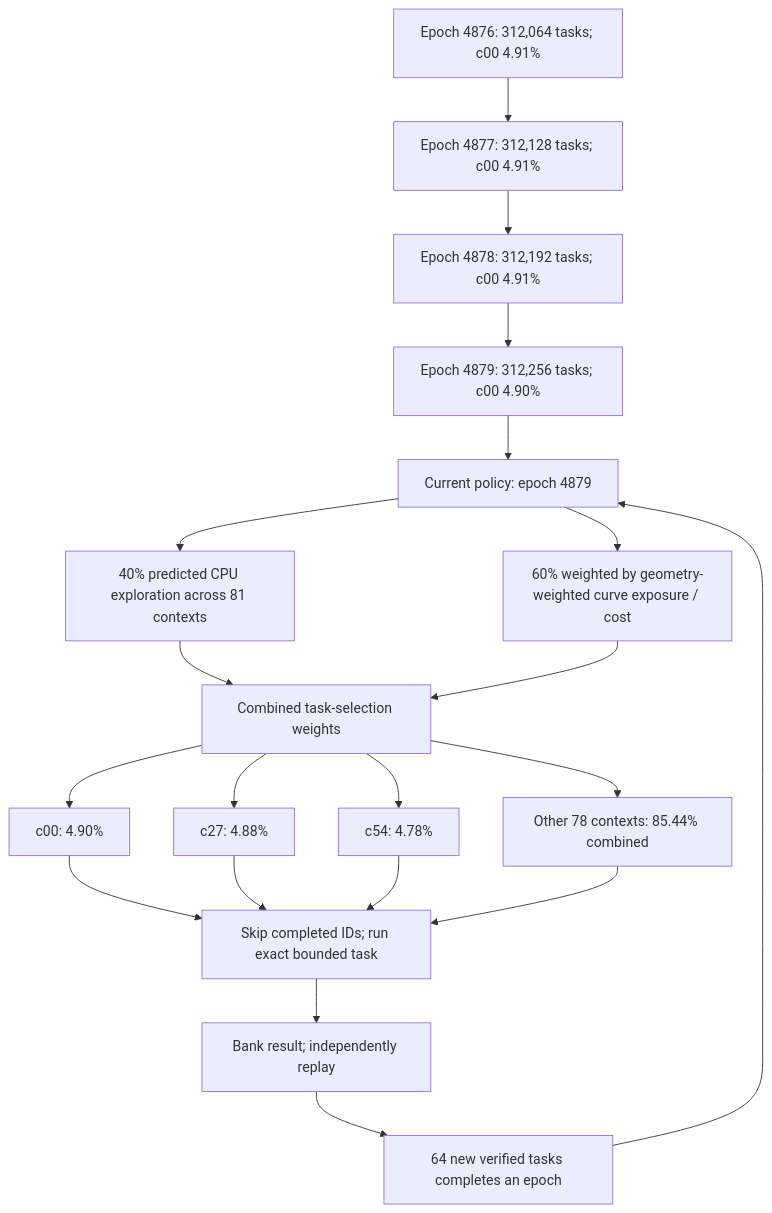
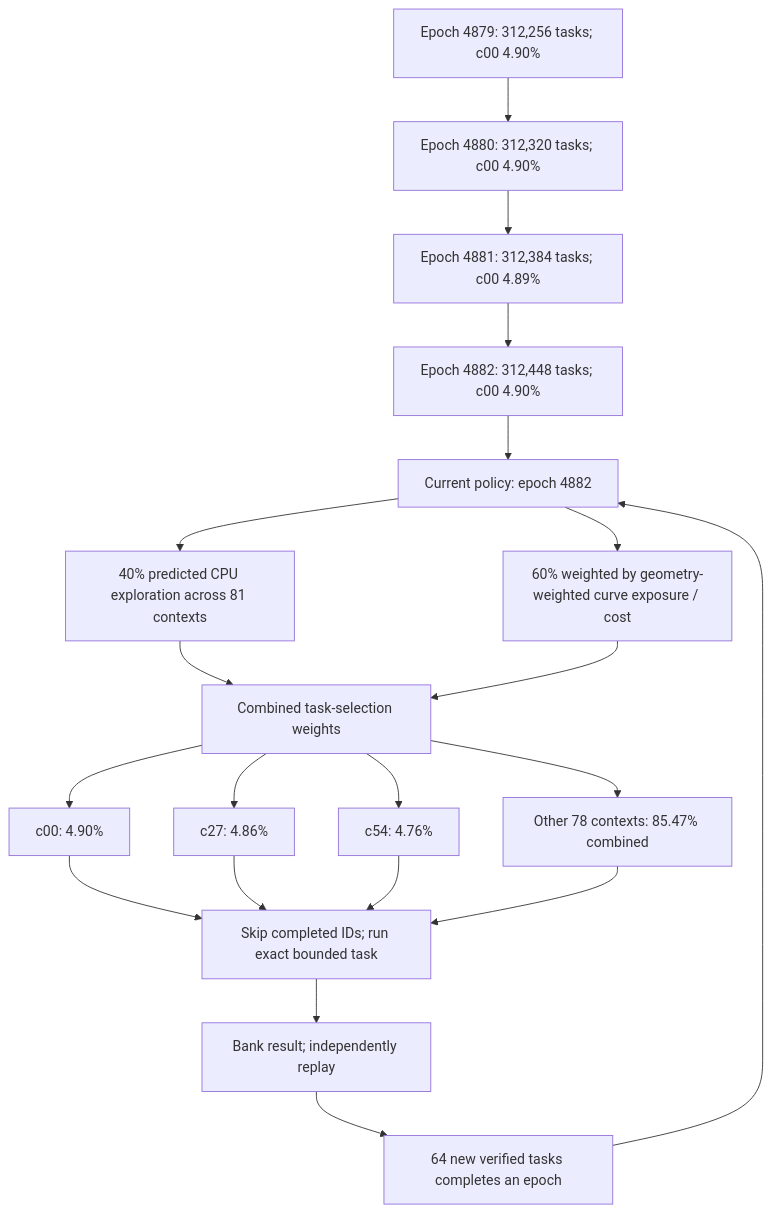
Before and after one commit to Kuberwastaken/math-gambling: the first of 3 diagrams in README.md, drawn with Mermaid. The commit also changed other lines of this file and 416 other files, not shown here.

````diff
--- a/README.md
+++ b/README.md
@@ -60,27 +60,27 @@
 ```mermaid
 flowchart TD
-    H0["Epoch 4876: 312,064 tasks; c00 4.91%"]
-    H1["Epoch 4877: 312,128 tasks; c00 4.91%"]
+    H0["Epoch 4879: 312,256 tasks; c00 4.90%"]
+    H1["Epoch 4880: 312,320 tasks; c00 4.90%"]
     H0 --> H1
-    H2["Epoch 4878: 312,192 tasks; c00 4.91%"]
+    H2["Epoch 4881: 312,384 tasks; c00 4.89%"]
     H1 --> H2
-    H3["Epoch 4879: 312,256 tasks; c00 4.90%"]
+    H3["Epoch 4882: 312,448 tasks; c00 4.90%"]
     H2 --> H3
-    Policy["Current policy: epoch 4879"]
+    Policy["Current policy: epoch 4882"]
     H3 --> Policy
     Policy --> Explore["40% predicted CPU exploration across 81 contexts"]
     Policy --> Cost["60% weighted by geometry-weighted curve exposure / cost"]
     Explore --> Mix["Combined task-selection weights"]
     Cost --> Mix
     Mix --> C0["c00: 4.90%"]
-    Mix --> C1["c27: 4.88%"]
-    Mix --> C2["c54: 4.78%"]
-    Mix --> Rest["Other 78 contexts: 85.44% combined"]
+    Mix --> C1["c27: 4.86%"]
+    Mix --> C2["c54: 4.76%"]
+    Mix --> Rest["Other 78 contexts: 85.47% combined"]
     C0 --> Check["Skip completed IDs; run exact bounded task"]
     C1 --> Check
     C2 --> Check
     Rest --> Check
     Check --> Replay["Bank result; independently replay"]
     Replay --> Gate["64 new verified tasks completes an epoch"]
     Gate --> Policy
 ```
````
